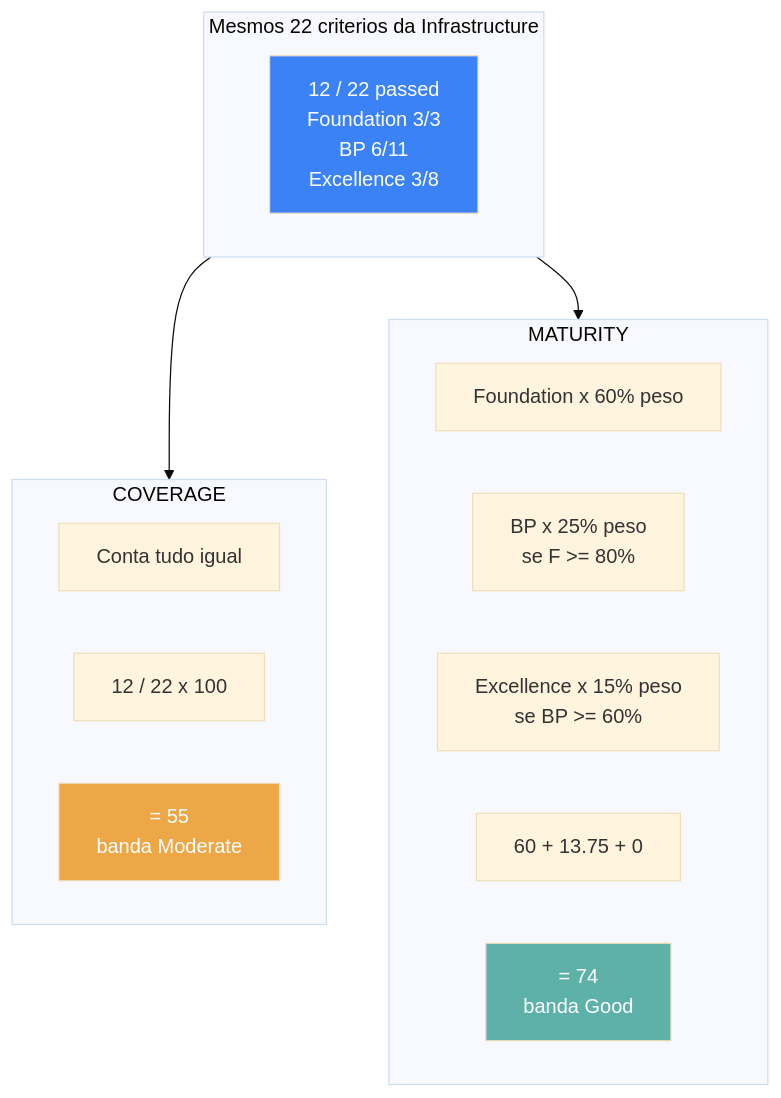
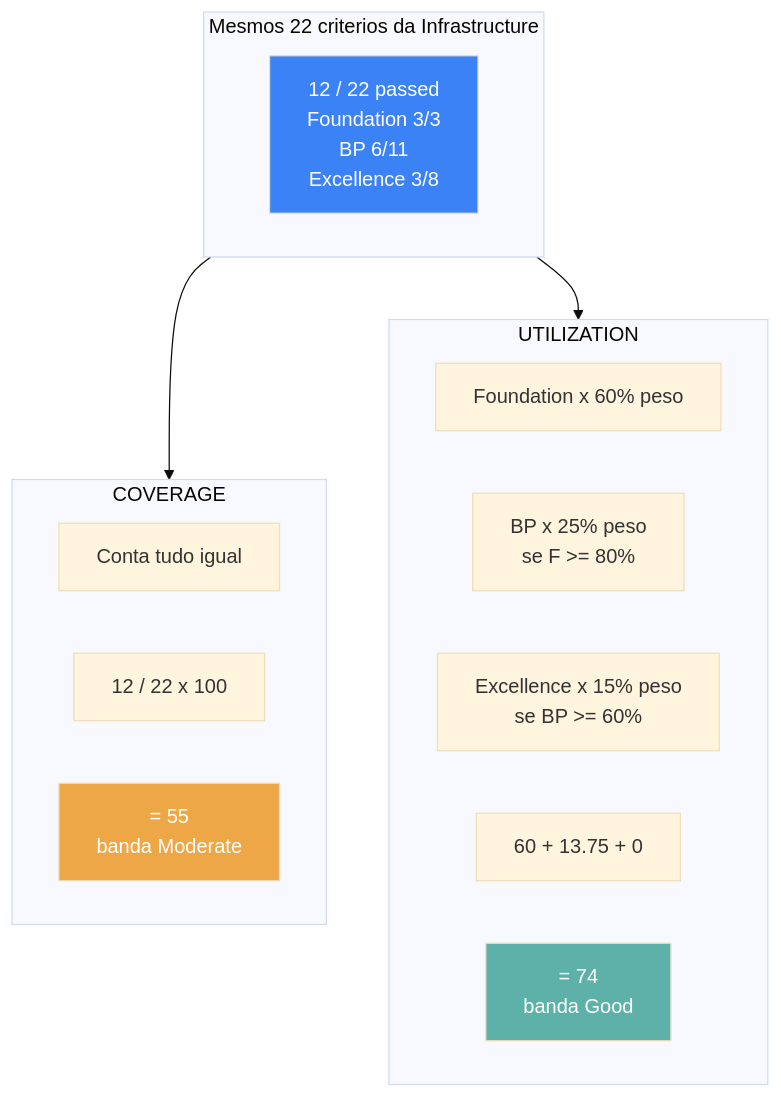
The tenth of 14 diagrams in docs/SCORING-CALCULATIONS.md (mbdccoletta/Pulse-Assessment-App), drawn with Mermaid (base theme) before and after one commit. The commit also changed other lines of this file and 11 other files, not shown here.

````diff
--- a/docs/SCORING-CALCULATIONS.md
+++ b/docs/SCORING-CALCULATIONS.md
@@ -320,27 +320,27 @@
 ```mermaid
 flowchart TB
     subgraph SAME[Mesmos 22 criterios da Infrastructure]
         A[12 / 22 passed<br/>Foundation 3/3<br/>BP 6/11<br/>Excellence 3/8]
     end
 
     SAME --> COV[Coverage path]
-    SAME --> MAT[Maturity path]
+    SAME --> MAT[Utilization path]
 
     subgraph COV[COVERAGE]
         C1[Conta tudo igual]
         C2[12 / 22 x 100]
         C3[= 55<br/>banda Moderate]
     end
 
-    subgraph MAT[MATURITY]
+    subgraph MAT[UTILIZATION]
         M1[Foundation x 60% peso]
         M2[BP x 25% peso<br/>se F >= 80%]
         M3[Excellence x 15% peso<br/>se BP >= 60%]
         M4[60 + 13.75 + 0]
         M5[= 74<br/>banda Good]
     end
 
     style A fill:#3B82F6,color:#fff
     style C3 fill:#EEA746,color:#fff
     style M5 fill:#5EB1A9,color:#fff
 ```
````
